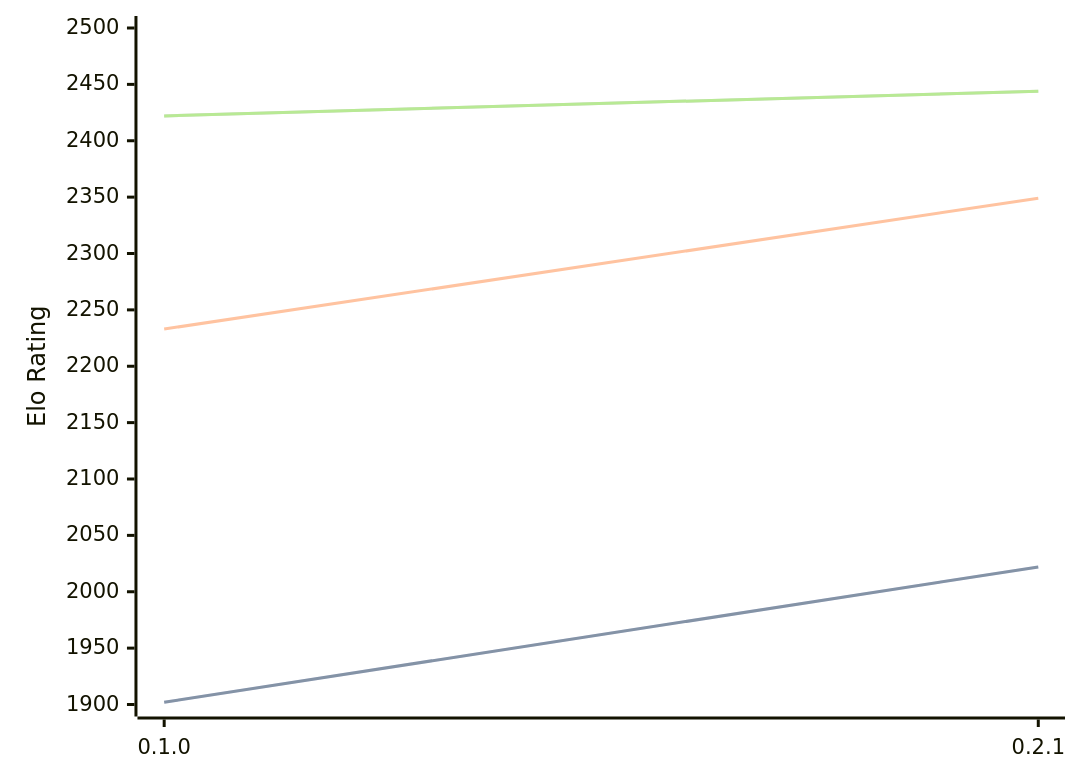
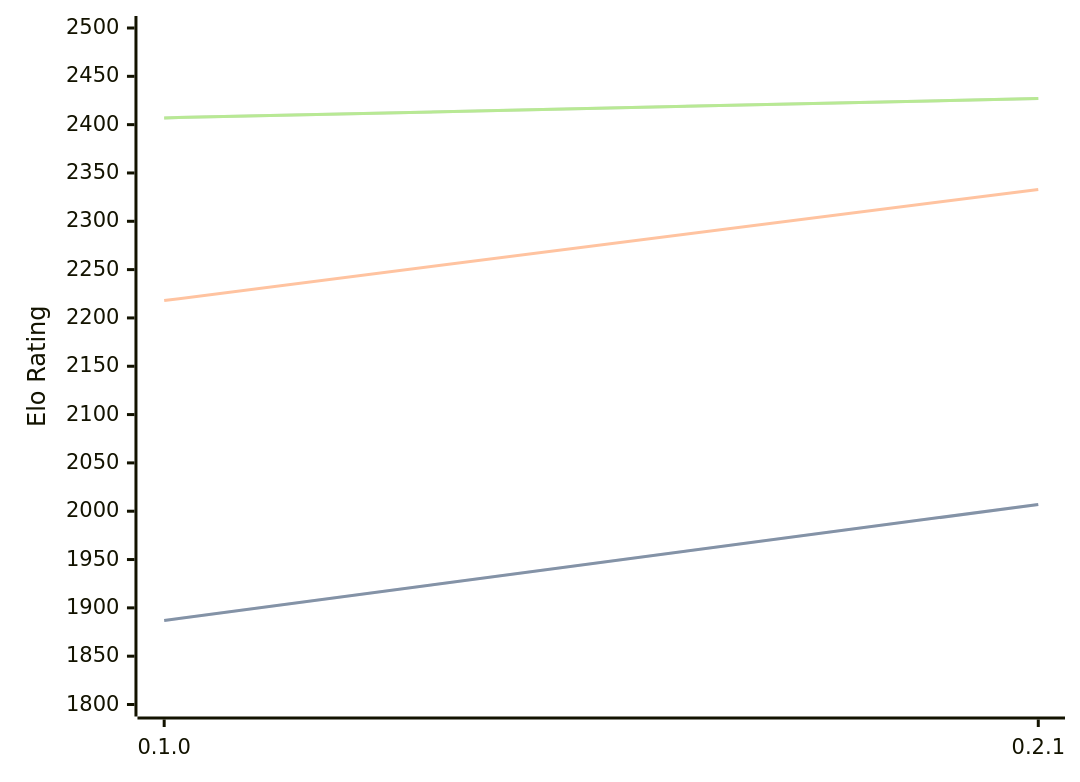
One commit to computer-chess-index/cci changed the diagram in engines/Sykora.md. Above: the diagram before and after it, drawn with Mermaid. The commit also changed other lines of this file, not shown here.

Commit message:
Update CCI Ratings (ELO VLTC) - 2026-05-20

````diff
--- a/engines/Sykora.md
+++ b/engines/Sykora.md
@@ -33,11 +33,11 @@
 ```mermaid
 %%{init: {"theme":"base","themeVariables":{"seriesColors:['#a3a3a3','#222221','#faa371']}}}%%
 xychart-beta
   x-axis ["0.1.0", "0.2.1"]
-  y-axis "Elo Rating" 1900 --> 2500
-  line "STC (8.0+0.08s)" [1902, 2022]
-  line "STC (8.0+0.08s)" [1902, 2022]
-  line "LTC (60.0+0.60s)" [2233, 2349]
-  line "VLTC (2m24s+1.12s)" [2422, 2444]
-  line "VLTC (2m24s+1.12s)" [2422, 2444]
+  y-axis "Elo Rating" 1800 --> 2500
+  line "STC (8.0+0.08s)" [1887, 2007]
+  line "STC (8.0+0.08s)" [1887, 2007]
+  line "LTC (60.0+0.60s)" [2218, 2333]
+  line "VLTC (2m24s+1.12s)" [2407, 2427]
+  line "VLTC (2m24s+1.12s)" [2407, 2427]
 ```
````
